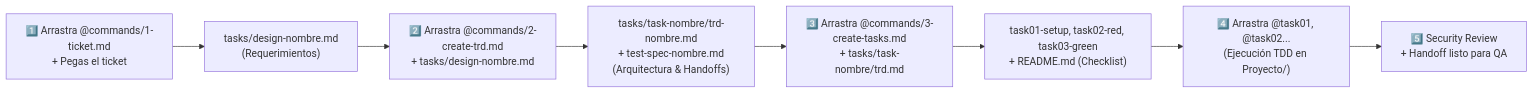
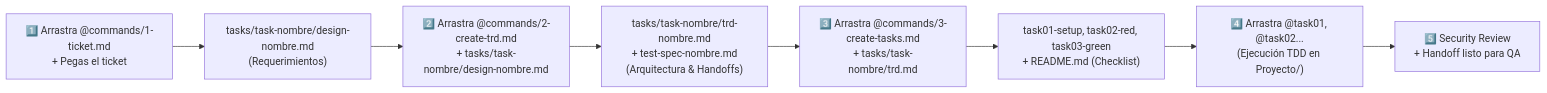
One commit to NXT-pixel/Faena changed the second of 2 diagrams in README.md. Above: the diagram before and after it, drawn with Mermaid. The commit also changed other lines of this file and 14 other files, not shown here.

````diff
--- a/README.md
+++ b/README.md
@@ -71,10 +71,10 @@
 ```mermaid
 flowchart LR
-    C1["1️⃣ Arrastra @commands/1-ticket.md\n+ Pegas el ticket"] --> O1["tasks/design-nombre.md\n(Requerimientos)"]
-    O1 --> C2["2️⃣ Arrastra @commands/2-create-trd.md\n+ tasks/design-nombre.md"]
+    C1["1️⃣ Arrastra @commands/1-ticket.md\n+ Pegas el ticket"] --> O1["tasks/task-nombre/design-nombre.md\n(Requerimientos)"]
+    O1 --> C2["2️⃣ Arrastra @commands/2-create-trd.md\n+ tasks/task-nombre/design-nombre.md"]
     C2 --> O2["tasks/task-nombre/trd-nombre.md\n+ test-spec-nombre.md\n(Arquitectura & Handoffs)"]
     O2 --> C3["3️⃣ Arrastra @commands/3-create-tasks.md\n+ tasks/task-nombre/trd.md"]
     C3 --> O3["task01-setup, task02-red, task03-green\n+ README.md (Checklist)"]
     O3 --> C4["4️⃣ Arrastra @task01, @task02...\n(Ejecución TDD en Proyecto/)"]
     C4 --> O4["5️⃣ Security Review\n+ Handoff listo para QA"]
 ```
````
